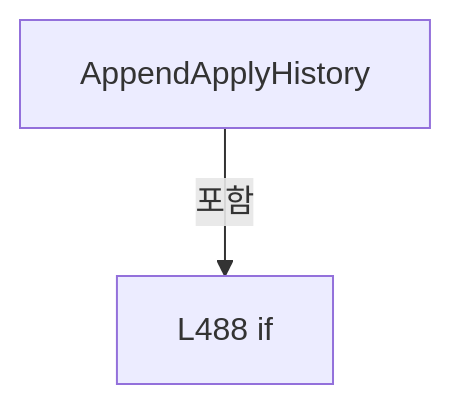
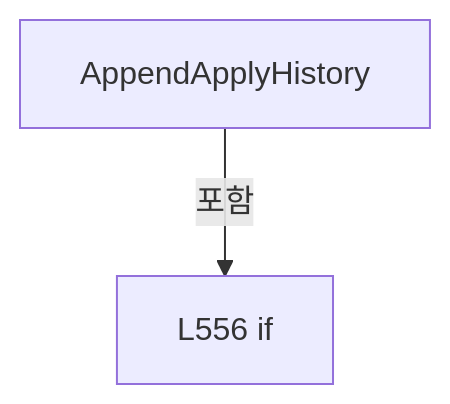
Before and after one commit to kjuws10-rgb/Shared: diagram 11 of 19 in A3 LD Code Ref/files/Drilling.File/ReviewOffset/CReviewOffsetFile.cs.md, drawn with Mermaid. The commit also changed other lines of this file and 2071 other files, not shown here.

Commit message:
docs(a3): update 11.19.0 architecture and code reference

````diff
--- a/A3 LD Code Ref/files/Drilling.File/ReviewOffset/CReviewOffsetFile.cs.md
+++ b/A3 LD Code Ref/files/Drilling.File/ReviewOffset/CReviewOffsetFile.cs.md
@@ -1430,6 +1559,6 @@
 ```mermaid
 flowchart TD
  M["AppendApplyHistory"]
- N0["L488 if"]
+ N0["L556 if"]
  M -->|포함| N0
 ```
````
